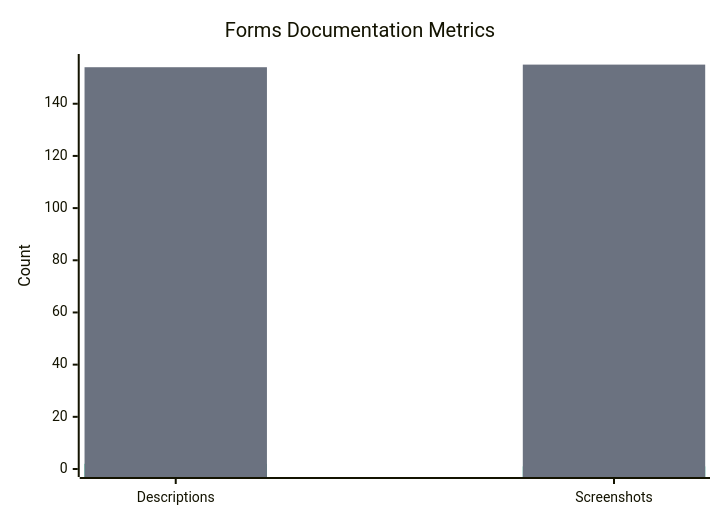
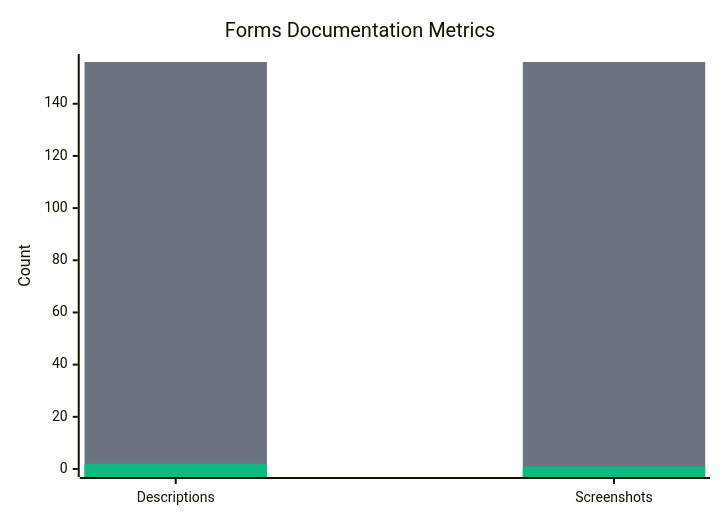
One commit to synthotec/synthotec.github.io changed the third of 4 diagrams in Documentation/SynthoTec-4D/Overview.md. Above: the diagram before and after it, drawn with Mermaid. The commit also changed other lines of this file, not shown here.

First line of the commit message:
Update documentation metrics and chart order

````diff
--- a/Documentation/SynthoTec-4D/Overview.md
+++ b/Documentation/SynthoTec-4D/Overview.md
@@ -44,9 +44,9 @@
 ```mermaid
-%%{init: {'theme':'base', 'themeVariables': {'xyChart': {'backgroundColor': 'transparent', 'plotColorPalette': '#10b981, #6b7280'}}}}%%
+%%{init: {'theme':'base', 'themeVariables': {'xyChart': {'backgroundColor': 'transparent', 'plotColorPalette': '#6b7280, #10b981'}}}}%%
 xychart-beta
     title "Forms Documentation Metrics"
     x-axis ["Descriptions", "Screenshots"]
     y-axis "Count" 0 --> 156
+    bar [156, 156]
     bar [2, 1]
-    bar [154, 155]
 ```
````
